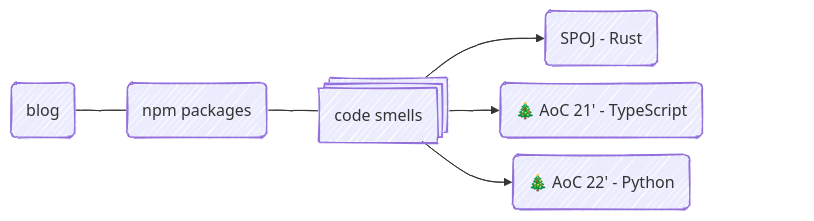
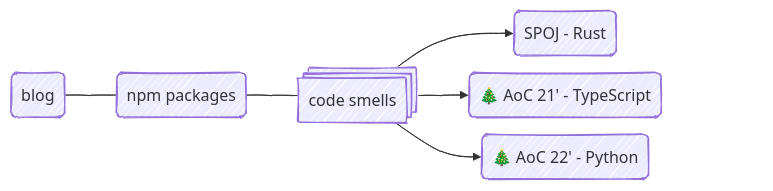
The diagram in README.md (twistezo/twistezo), drawn with Mermaid before and after one commit.

````diff
--- a/README.md
+++ b/README.md
@@ -1,35 +1,35 @@
 ```mermaid
 ---
 config:
   look: handDrawn
   securityLevel: antiscript
   flowchart:
     diagramPadding: 0
     nodeSpacing: 15
     rankSpacing: 50
-    padding: 15
+    padding: 10
 ---
 flowchart LR
     BLOG(blog)
     NPM(npm packages)
     CODE@{ shape: st-rect, label: "code smells"}
     A(SPOJ - Rust)
     B(🎄 AoC 21' - TypeScript)
     C(🎄 AoC 22' - Python)
 
     BLOG --- NPM --- CODE
     CODE --> A
     CODE --> B ~~~~ END
     CODE --> C
 
     click BLOG href "https://twistezo.github.io/blog/" _blank
     click NPM href "https://www.npmjs.com/~twistezo" _blank
     click A href "https://github.com/twistezo/spoj-tournament" _blank
     click B href "https://github.com/twistezo/advent-of-code-2021" _blank
     click C href "https://github.com/twistezo/advent-of-code-2021" _blank
 
     classDef hidden display: none
     class END hidden
     classDef link text-decoration: none
     class BLOG,NPM,CODE,A,B,C link
 ```
````
